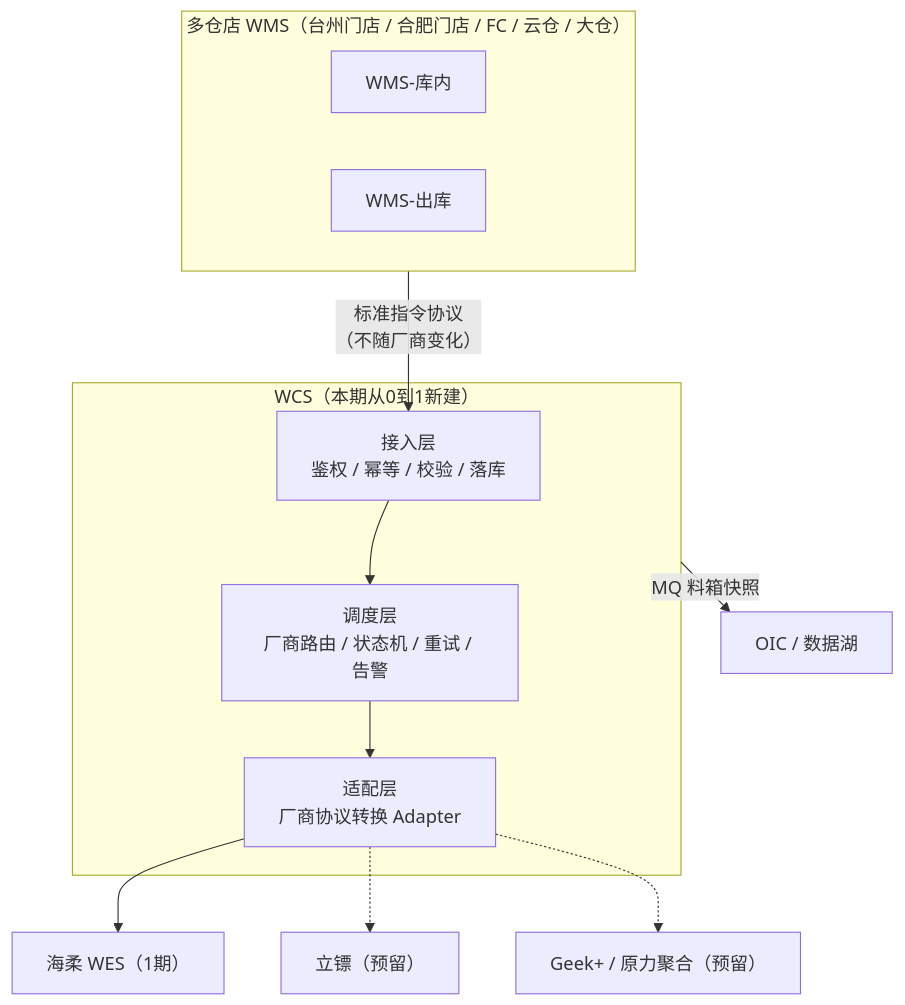
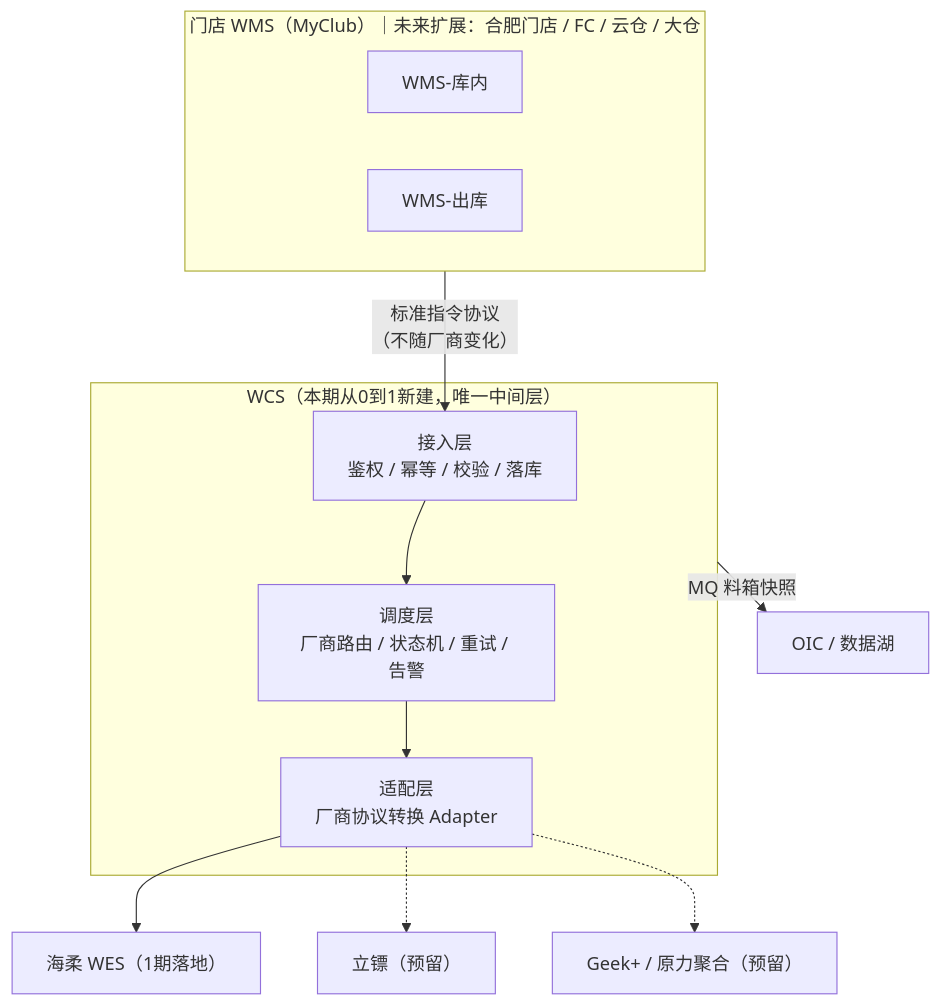
The diagram in docs/wcs/diagrams/01-arch.mmd (generous-jiang/jiangzw), drawn with Mermaid before and after one commit. The commit also changed 9 other files, not shown here.

First line of the commit message:
docs(wcs): 子 PRD v1.3 — 统一链路口径为门店 WMS → WCS → 海柔 WES，移除 WHC

```diff
--- a/docs/wcs/diagrams/01-arch.mmd
+++ b/docs/wcs/diagrams/01-arch.mmd
@@ -1,20 +1,20 @@
 flowchart TB
-    subgraph U["多仓店 WMS（台州门店 / 合肥门店 / FC / 云仓 / 大仓）"]
+    subgraph U["门店 WMS（MyClub）｜未来扩展：合肥门店 / FC / 云仓 / 大仓"]
       W1["WMS-库内"]
       W2["WMS-出库"]
     end
-    subgraph WCS["WCS（本期从0到1新建）"]
+    subgraph WCS["WCS（本期从0到1新建，唯一中间层）"]
       A["接入层<br/>鉴权 / 幂等 / 校验 / 落库"]
       B["调度层<br/>厂商路由 / 状态机 / 重试 / 告警"]
       C["适配层<br/>厂商协议转换 Adapter"]
       A --> B --> C
     end
-    V1["海柔 WES（1期）"]
+    V1["海柔 WES（1期落地）"]
     V2["立镖（预留）"]
     V3["Geek+ / 原力聚合（预留）"]
     DL["OIC / 数据湖"]
     U -->|"标准指令协议<br/>（不随厂商变化）"| A
     C --> V1
     C -.-> V2
     C -.-> V3
     WCS -->|"MQ 料箱快照"| DL
```
